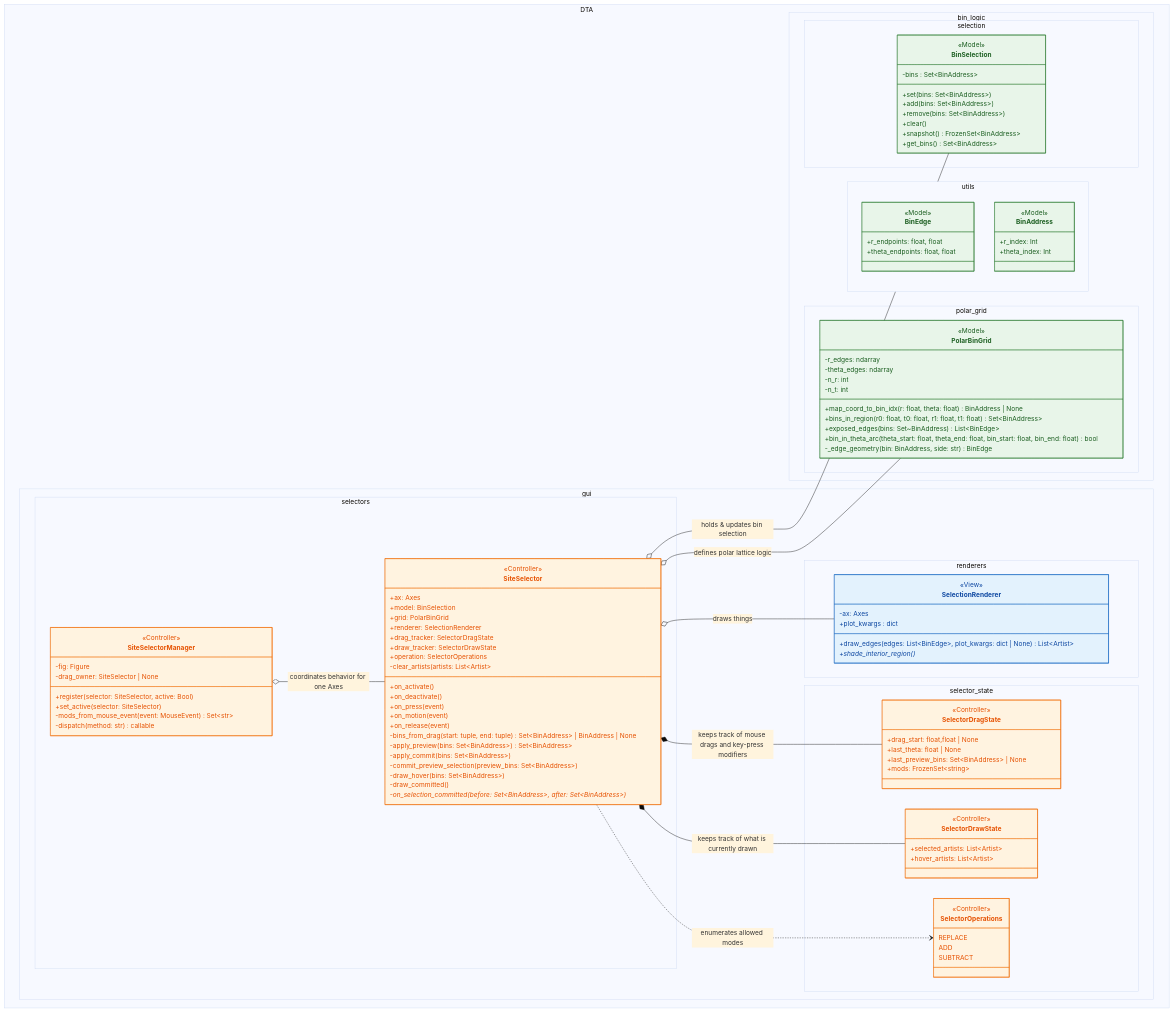
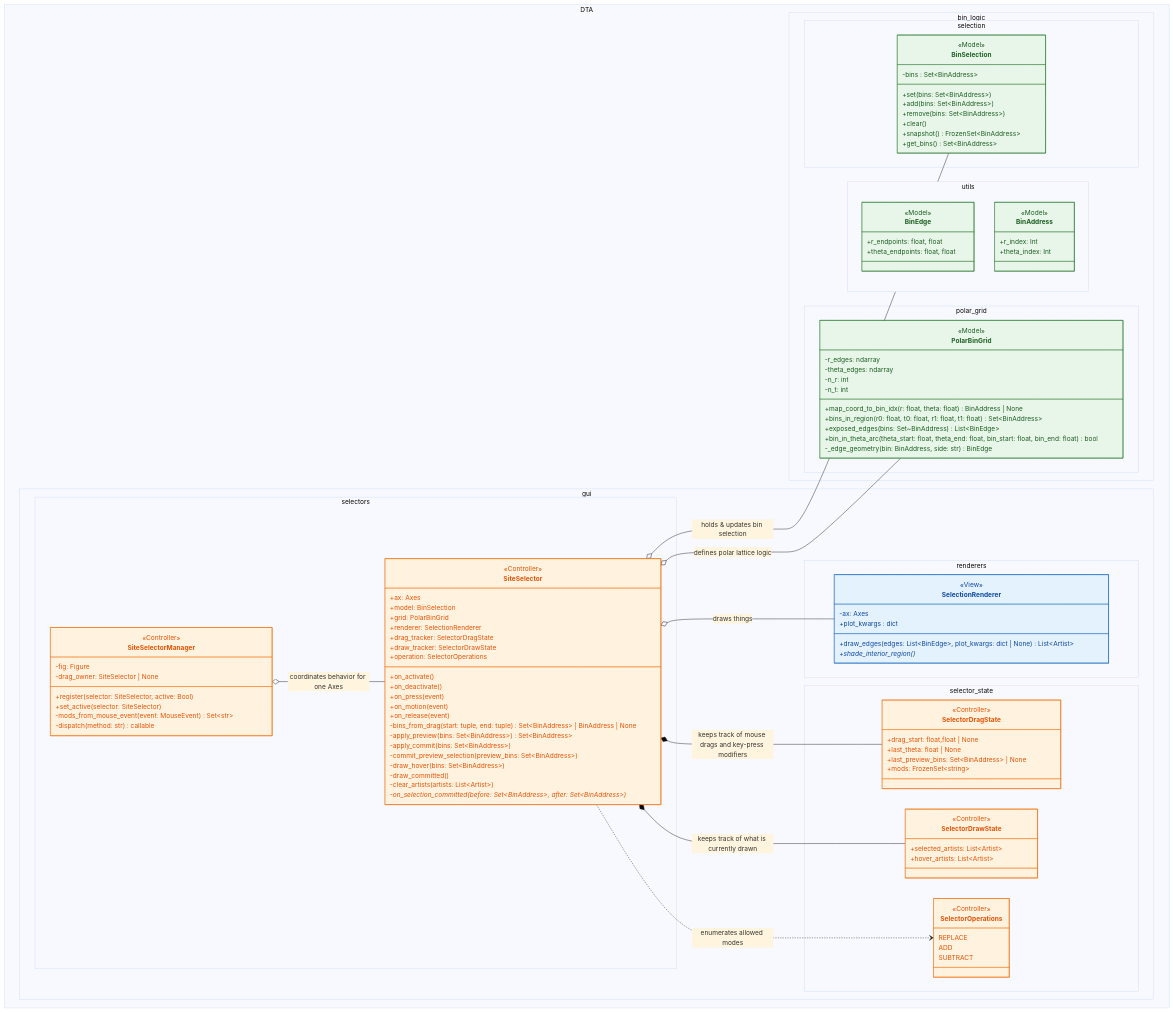
The first of 2 diagrams in python/dta/gui/README.md (BranniganLab/density_threshold_affinity), drawn with Mermaid (base theme) before and after one commit.

Commit message:
Fix formatting of clear_artists method in README

```diff
--- a/python/dta/gui/README.md
+++ b/python/dta/gui/README.md
@@ -171,7 +171,7 @@
     -commit_preview_selection(preview_bins: Set~BinAddress~)
     -draw_hover(bins: Set~BinAddress~)
     -draw_committed()
-    -clear_artists(artists: List~Artist~
+    -clear_artists(artists: List~Artist~)
     -on_selection_committed(before: Set~BinAddress~, after: Set~BinAddress~)*
 }
 
```
